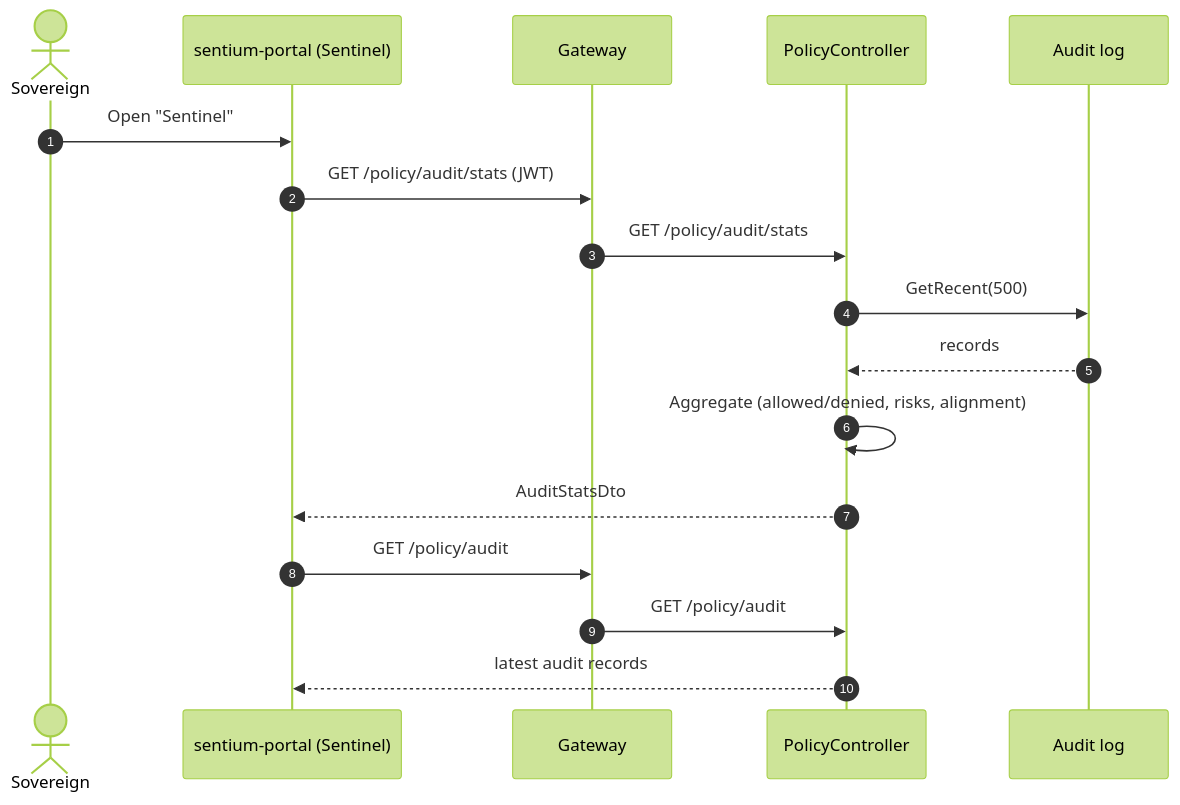
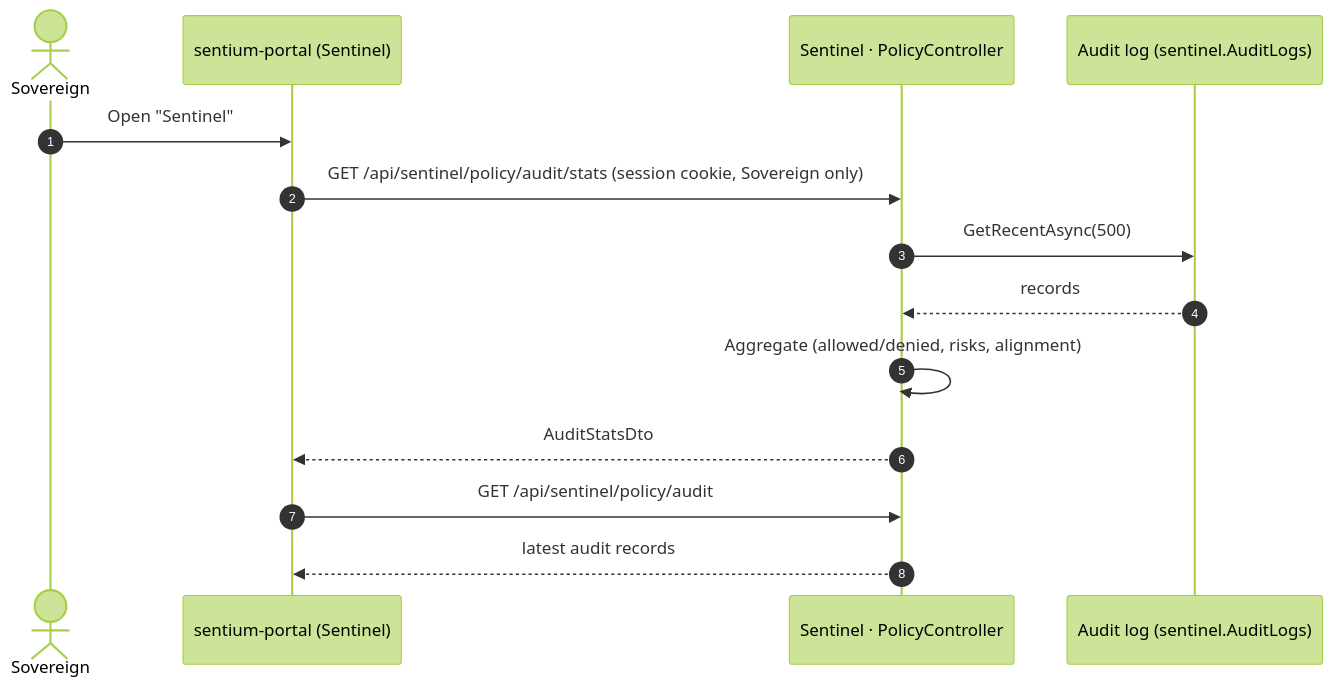
The diagram in docs/diagrams/sentinel-6-audit-review.md (mihailshterev/sentium), drawn with Mermaid (forest theme) before and after one commit. The commit also changed 99 other files, not shown here.

````diff
--- a/docs/diagrams/sentinel-6-audit-review.md
+++ b/docs/diagrams/sentinel-6-audit-review.md
@@ -1,20 +1,17 @@
 ```mermaid
 sequenceDiagram
     autonumber
     actor U as Sovereign
     participant FE as sentium-portal (Sentinel)
-    participant GW as Gateway
-    participant PC as PolicyController
-    participant AU as Audit log
+    participant PC as Sentinel · PolicyController
+    participant AU as Audit log (sentinel.AuditLogs)
 
     U->>FE: Open "Sentinel"
-    FE->>GW: GET /policy/audit/stats (JWT)
-    GW->>PC: GET /policy/audit/stats
-    PC->>AU: GetRecent(500)
+    FE->>PC: GET /api/sentinel/policy/audit/stats (session cookie, Sovereign only)
+    PC->>AU: GetRecentAsync(500)
     AU-->>PC: records
     PC->>PC: Aggregate (allowed/denied, risks, alignment)
     PC-->>FE: AuditStatsDto
-    FE->>GW: GET /policy/audit
-    GW->>PC: GET /policy/audit
+    FE->>PC: GET /api/sentinel/policy/audit
     PC-->>FE: latest audit records
 ```
````
